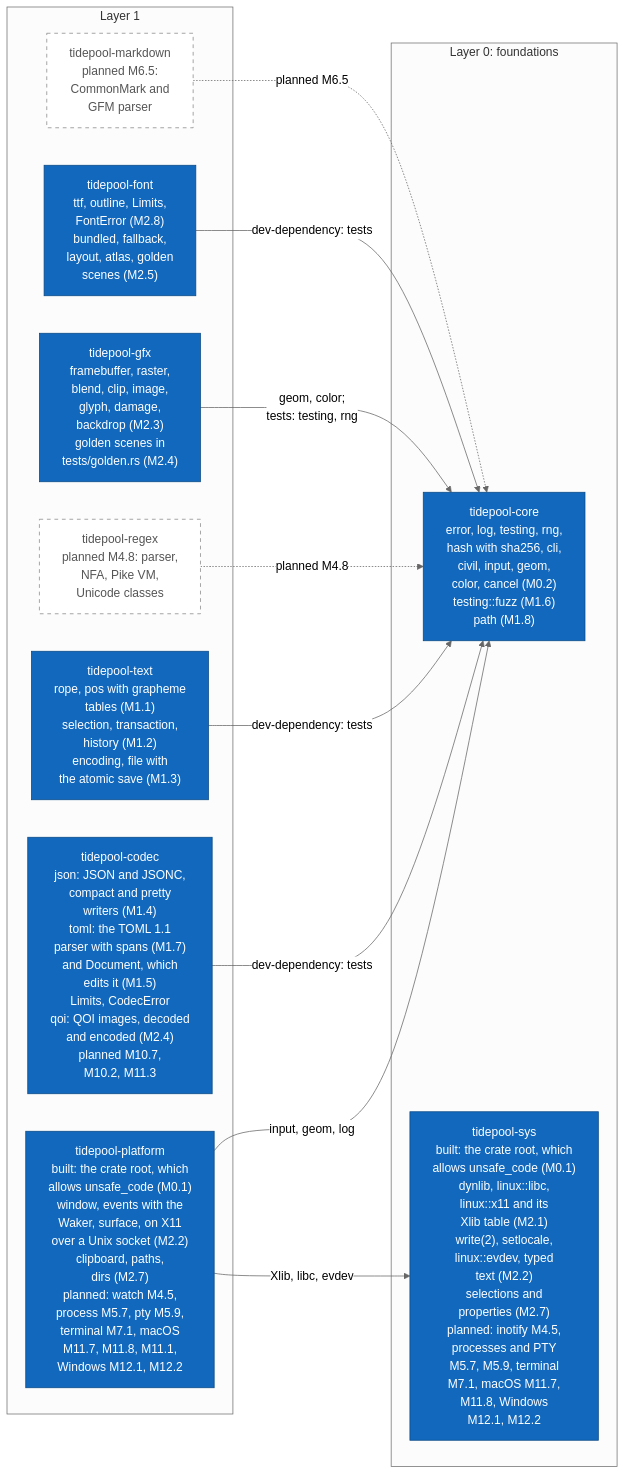
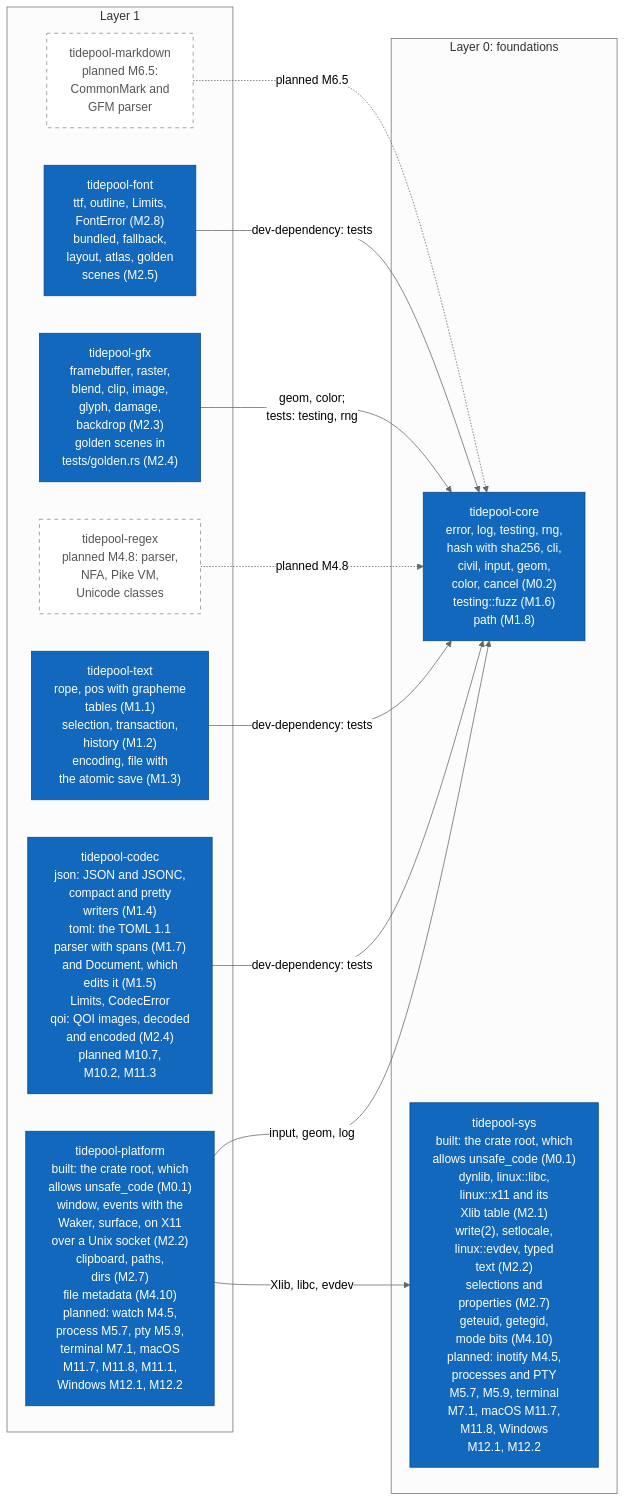
One commit to jabbott-iii/Tidepool changed the sixth of 17 diagrams in diagrams/c4-architecture.md. Above: the diagram before and after it, drawn with Mermaid (neutral theme). The commit also changed other lines of this file and 28 other files, not shown here.

First line of the commit message:
feat(platform,sys): file metadata for saves (M4.10, ADR-0068)

````diff
--- a/diagrams/c4-architecture.md
+++ b/diagrams/c4-architecture.md
@@ -333,30 +334,30 @@
 ```mermaid
 flowchart LR
     subgraph L1["Layer 1"]
-        k_platform["tidepool-platform<br/>built: the crate root, which<br/>allows unsafe_code (M0.1)<br/>window, events with the<br/>Waker, surface, on X11<br/>over a Unix socket (M2.2)<br/>clipboard, paths,<br/>dirs (M2.7)<br/>planned: watch M4.5,<br/>process M5.7, pty M5.9,<br/>terminal M7.1, macOS<br/>M11.7, M11.8, M11.1,<br/>Windows M12.1, M12.2"]
+        k_platform["tidepool-platform<br/>built: the crate root, which<br/>allows unsafe_code (M0.1)<br/>window, events with the<br/>Waker, surface, on X11<br/>over a Unix socket (M2.2)<br/>clipboard, paths,<br/>dirs (M2.7)<br/>file metadata (M4.10)<br/>planned: watch M4.5,<br/>process M5.7, pty M5.9,<br/>terminal M7.1, macOS<br/>M11.7, M11.8, M11.1,<br/>Windows M12.1, M12.2"]
         k_codec["tidepool-codec<br/>json: JSON and JSONC,<br/>compact and pretty<br/>writers (M1.4)<br/>toml: the TOML 1.1<br/>parser with spans (M1.7)<br/>and Document, which<br/>edits it (M1.5)<br/>Limits, CodecError<br/>qoi: QOI images, decoded<br/>and encoded (M2.4)<br/>planned M10.7,<br/>M10.2, M11.3"]
         k_text["tidepool-text<br/>rope, pos with grapheme<br/>tables (M1.1)<br/>selection, transaction,<br/>history (M1.2)<br/>encoding, file with<br/>the atomic save (M1.3)"]
         k_regex["tidepool-regex<br/>planned M4.8: parser,<br/>NFA, Pike VM,<br/>Unicode classes"]
         k_gfx["tidepool-gfx<br/>framebuffer, raster,<br/>blend, clip, image,<br/>glyph, damage,<br/>backdrop (M2.3)<br/>golden scenes in<br/>tests/golden.rs (M2.4)"]
         k_font["tidepool-font<br/>ttf, outline, Limits,<br/>FontError (M2.8)<br/>bundled, fallback,<br/>layout, atlas, golden<br/>scenes (M2.5)"]
         k_markdown["tidepool-markdown<br/>planned M6.5:<br/>CommonMark and<br/>GFM parser"]
     end
     subgraph L0["Layer 0: foundations"]
         k_core["tidepool-core<br/>error, log, testing, rng,<br/>hash with sha256, cli,<br/>civil, input, geom,<br/>color, cancel (M0.2)<br/>testing::fuzz (M1.6)<br/>path (M1.8)"]
-        k_sys["tidepool-sys<br/>built: the crate root, which<br/>allows unsafe_code (M0.1)<br/>dynlib, linux::libc,<br/>linux::x11 and its<br/>Xlib table (M2.1)<br/>write(2), setlocale,<br/>linux::evdev, typed<br/>text (M2.2)<br/>selections and<br/>properties (M2.7)<br/>planned: inotify M4.5,<br/>processes and PTY<br/>M5.7, M5.9, terminal<br/>M7.1, macOS M11.7,<br/>M11.8, Windows<br/>M12.1, M12.2"]
+        k_sys["tidepool-sys<br/>built: the crate root, which<br/>allows unsafe_code (M0.1)<br/>dynlib, linux::libc,<br/>linux::x11 and its<br/>Xlib table (M2.1)<br/>write(2), setlocale,<br/>linux::evdev, typed<br/>text (M2.2)<br/>selections and<br/>properties (M2.7)<br/>geteuid, getegid,<br/>mode bits (M4.10)<br/>planned: inotify M4.5,<br/>processes and PTY<br/>M5.7, M5.9, terminal<br/>M7.1, macOS M11.7,<br/>M11.8, Windows<br/>M12.1, M12.2"]
     end
 
     k_platform -->|"input, geom, log"| k_core
     k_platform -->|"Xlib, libc, evdev"| k_sys
     k_codec -->|"dev-dependency: tests"| k_core
     k_text -->|"dev-dependency: tests"| k_core
     k_regex -.->|"planned M4.8"| k_core
     k_gfx -->|"geom, color;<br/>tests: testing, rng"| k_core
     k_font -->|"dev-dependency: tests"| k_core
     k_markdown -.->|"planned M6.5"| k_core
 
     classDef built fill:#1168bd,stroke:#0b4884,color:#ffffff
     classDef planned fill:#ffffff,stroke:#888888,stroke-dasharray: 5 5,color:#555555
     class k_platform,k_codec,k_text,k_gfx,k_font,k_core,k_sys built
     class k_regex,k_markdown planned
 ```
````
